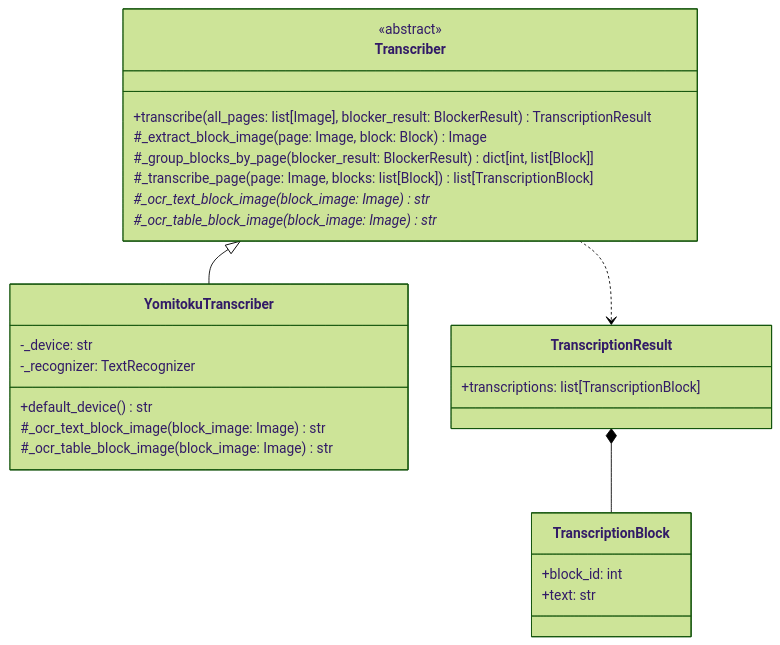
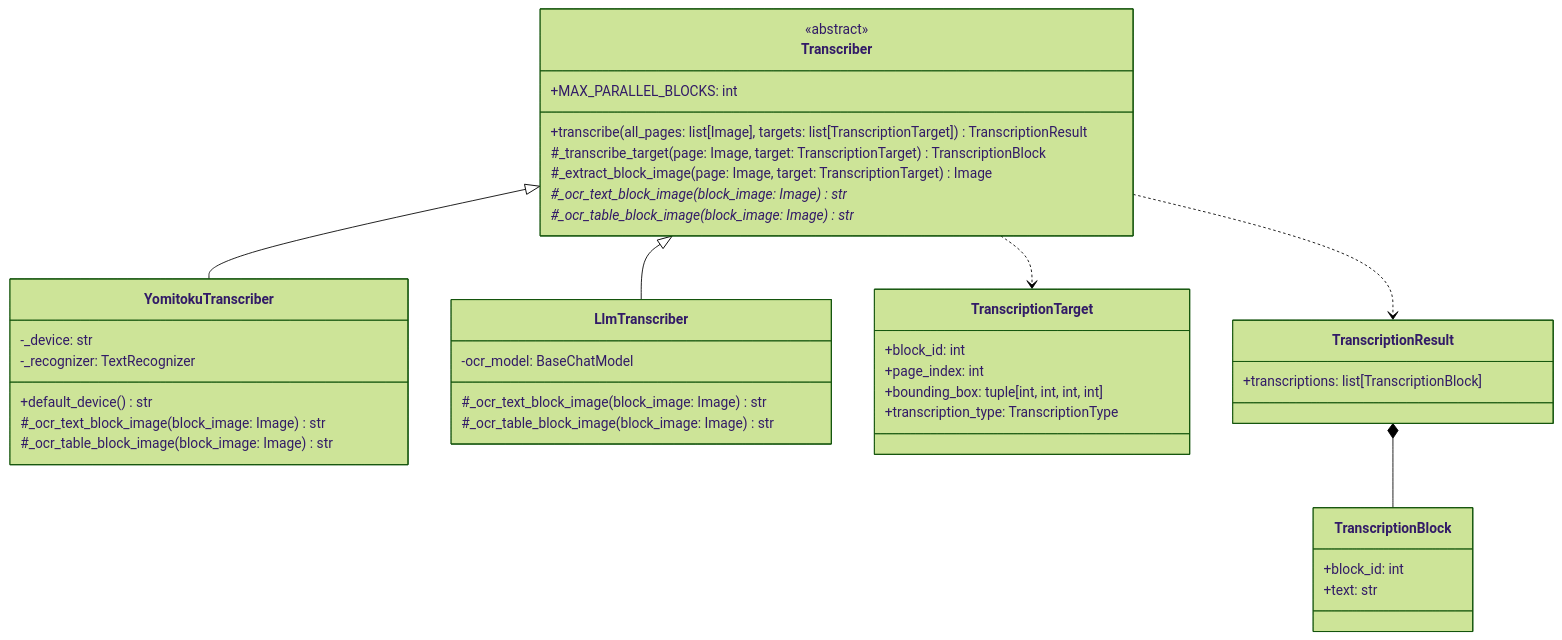
Before and after one commit to konbraphat51/SuperSuat: the first of 2 diagrams in Uploader/OcrModule/Blocked/Docs/Transcriber.ja.md, drawn with Mermaid (forest theme). The commit also changed other lines of this file and 28 other files, not shown here.

````diff
--- a/Uploader/OcrModule/Blocked/Docs/Transcriber.ja.md
+++ b/Uploader/OcrModule/Blocked/Docs/Transcriber.ja.md
@@ -11,29 +16,42 @@
 ```mermaid
 classDiagram
     class Transcriber {
         <<abstract>>
-        +transcribe(all_pages: list[Image], blocker_result: BlockerResult) TranscriptionResult
-        #_extract_block_image(page: Image, block: Block) Image
-        #_group_blocks_by_page(blocker_result: BlockerResult) dict[int, list[Block]]
-        #_transcribe_page(page: Image, blocks: list[Block]) list[TranscriptionBlock]
+        +MAX_PARALLEL_BLOCKS: int
+        +transcribe(all_pages: list[Image], targets: list[TranscriptionTarget]) TranscriptionResult
+        #_transcribe_target(page: Image, target: TranscriptionTarget) TranscriptionBlock
+        #_extract_block_image(page: Image, target: TranscriptionTarget) Image
         #_ocr_text_block_image(block_image: Image) str*
         #_ocr_table_block_image(block_image: Image) str*
     }
     class YomitokuTranscriber {
         -_device: str
         -_recognizer: TextRecognizer
         +default_device() str
         #_ocr_text_block_image(block_image: Image) str
         #_ocr_table_block_image(block_image: Image) str
     }
+    class LlmTranscriber {
+        -ocr_model: BaseChatModel
+        #_ocr_text_block_image(block_image: Image) str
+        #_ocr_table_block_image(block_image: Image) str
+    }
+    class TranscriptionTarget {
+        +block_id: int
+        +page_index: int
+        +bounding_box: tuple[int, int, int, int]
+        +transcription_type: TranscriptionType
+    }
     class TranscriptionResult {
         +transcriptions: list[TranscriptionBlock]
     }
     class TranscriptionBlock {
         +block_id: int
         +text: str
     }
     Transcriber <|-- YomitokuTranscriber
+    Transcriber <|-- LlmTranscriber
+    Transcriber ..> TranscriptionTarget
     Transcriber ..> TranscriptionResult
     TranscriptionResult *-- TranscriptionBlock
 ```
````
